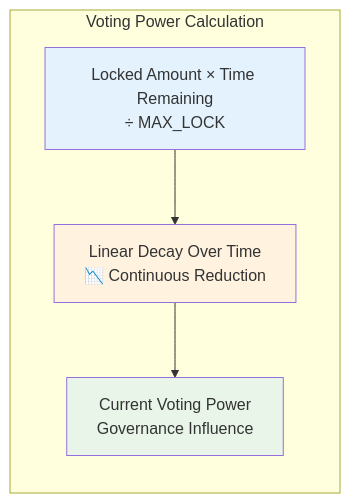
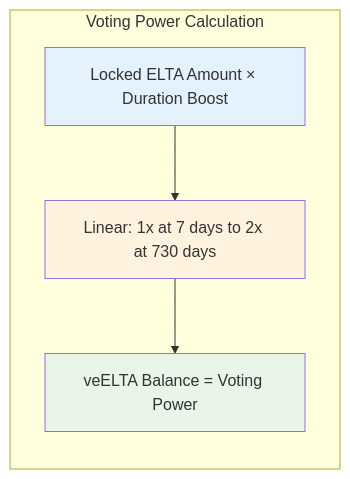
The sixth of 10 diagrams in README.md (Elata-Biosciences/elata-protocol), drawn with Mermaid before and after one commit. The commit also changed other lines of this file and 41 other files, not shown here.

````diff
--- a/README.md
+++ b/README.md
@@ -628,14 +650,14 @@
 ```mermaid
 graph LR
     subgraph "Voting Power Calculation"
-        INPUT[Locked Amount × Time Remaining<br/>÷ MAX_LOCK]
-        DECAY[Linear Decay Over Time<br/>📉 Continuous Reduction]
-        OUTPUT[Current Voting Power<br/> Governance Influence]
+        INPUT[Locked ELTA Amount × Duration Boost]
+        BOOST[Linear: 1x at 7 days to 2x at 730 days]
+        OUTPUT[veELTA Balance = Voting Power]
     end
     
-    INPUT --> DECAY --> OUTPUT
+    INPUT --> BOOST --> OUTPUT
     
     style INPUT fill:#e3f2fd
-    style DECAY fill:#fff3e0
+    style BOOST fill:#fff3e0
     style OUTPUT fill:#e8f5e8
 ```
````
